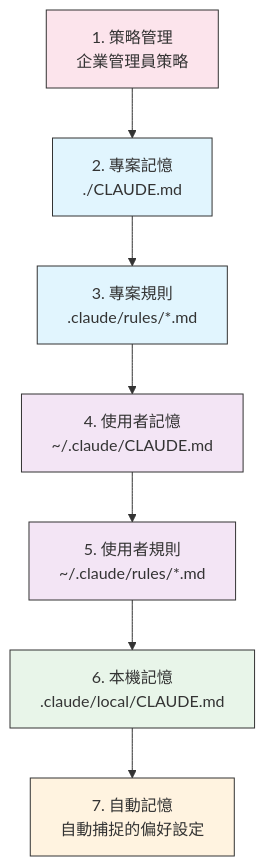
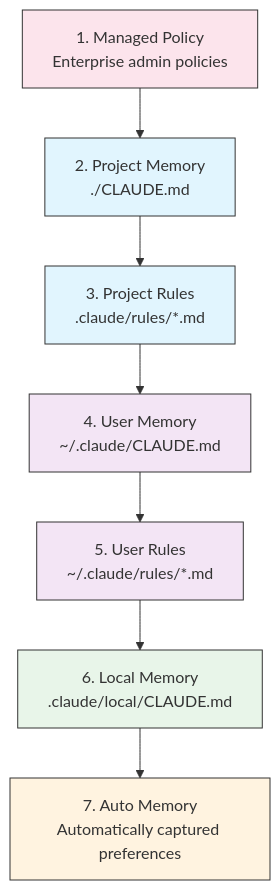
One commit to huckly/claude-howto-zh-tw changed the eighth of 20 diagrams in claude_concepts_guide.md. Above: the diagram before and after it, drawn with Mermaid. The commit also changed other lines of this file and 8 other files, not shown here.

````diff
--- a/claude_concepts_guide.md
+++ b/claude_concepts_guide.md
@@ -558,17 +573,17 @@
 ```mermaid
 graph TD
-    A["1. 策略管理<br/>企業管理員策略"] --> B["2. 專案記憶<br/>./CLAUDE.md"]
-    B --> C["3. 專案規則<br/>.claude/rules/*.md"]
-    C --> D["4. 使用者記憶<br/>~/.claude/CLAUDE.md"]
-    D --> E["5. 使用者規則<br/>~/.claude/rules/*.md"]
-    E --> F["6. 本機記憶<br/>.claude/local/CLAUDE.md"]
-    F --> G["7. 自動記憶<br/>自動捕捉的偏好設定"]
+    A["1. Managed Policy<br/>Enterprise admin policies"] --> B["2. Project Memory<br/>./CLAUDE.md"]
+    B --> C["3. Project Rules<br/>.claude/rules/*.md"]
+    C --> D["4. User Memory<br/>~/.claude/CLAUDE.md"]
+    D --> E["5. User Rules<br/>~/.claude/rules/*.md"]
+    E --> F["6. Local Memory<br/>.claude/local/CLAUDE.md"]
+    F --> G["7. Auto Memory<br/>Automatically captured preferences"]
 
     style A fill:#fce4ec,stroke:#333,color:#333
     style B fill:#e1f5fe,stroke:#333,color:#333
     style C fill:#e1f5fe,stroke:#333,color:#333
     style D fill:#f3e5f5,stroke:#333,color:#333
     style E fill:#f3e5f5,stroke:#333,color:#333
     style F fill:#e8f5e9,stroke:#333,color:#333
     style G fill:#fff3e0,stroke:#333,color:#333
 ```
````
